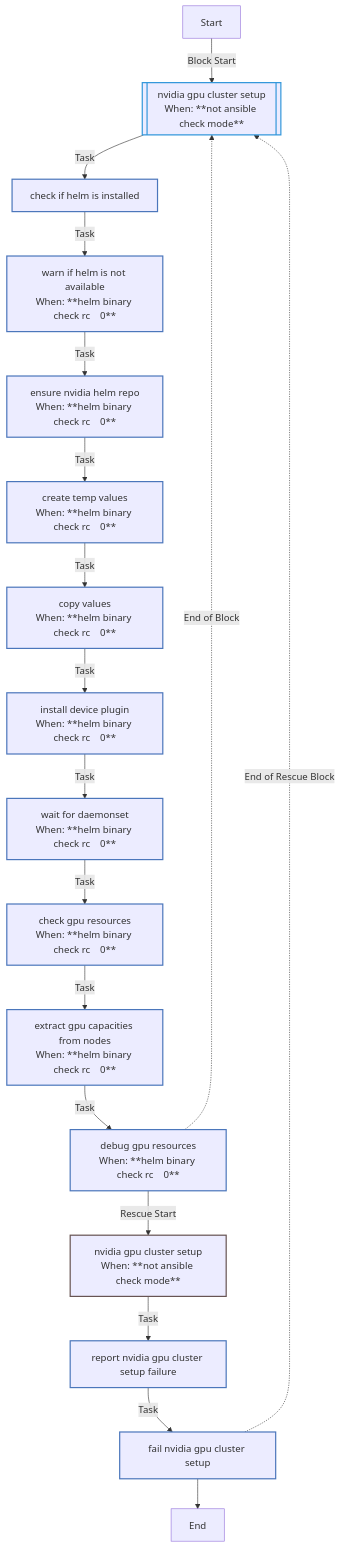
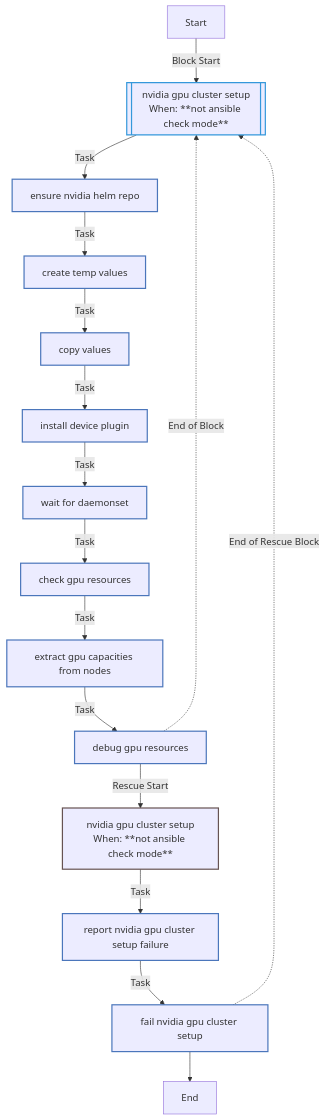
One commit to rou-cru/k3s-homelab changed the first of 3 diagrams in roles/nvidia_gpu/README.md. Above: the diagram before and after it, drawn with Mermaid. The commit also changed other lines of this file and 23 other files, not shown here.

````diff
--- a/roles/nvidia_gpu/README.md
+++ b/roles/nvidia_gpu/README.md
@@ -228,30 +226,28 @@
 ```mermaid
 flowchart TD
 Start
 classDef block stroke:#3498db,stroke-width:2px;
 classDef task stroke:#4b76bb,stroke-width:2px;
 classDef includeTasks stroke:#16a085,stroke-width:2px;
 classDef importTasks stroke:#34495e,stroke-width:2px;
 classDef includeRole stroke:#2980b9,stroke-width:2px;
 classDef importRole stroke:#699ba7,stroke-width:2px;
 classDef includeVars stroke:#8e44ad,stroke-width:2px;
 classDef rescue stroke:#665352,stroke-width:2px;
 
   Start-->|Block Start| NVIDIA_GPU_cluster_setup0_block_start_0[[nvidia gpu cluster setup<br>When: **not ansible check mode**]]:::block
-  NVIDIA_GPU_cluster_setup0_block_start_0-->|Task| Check_if_Helm_is_installed0[check if helm is installed]:::task
-  Check_if_Helm_is_installed0-->|Task| Warn_if_Helm_is_not_available1[warn if helm is not available<br>When: **helm binary check rc    0**]:::task
-  Warn_if_Helm_is_not_available1-->|Task| Ensure_NVIDIA_Helm_repo2[ensure nvidia helm repo<br>When: **helm binary check rc    0**]:::task
-  Ensure_NVIDIA_Helm_repo2-->|Task| Create_temp_values3[create temp values<br>When: **helm binary check rc    0**]:::task
-  Create_temp_values3-->|Task| Copy_values4[copy values<br>When: **helm binary check rc    0**]:::task
-  Copy_values4-->|Task| Install_device_plugin5[install device plugin<br>When: **helm binary check rc    0**]:::task
-  Install_device_plugin5-->|Task| Wait_for_daemonset6[wait for daemonset<br>When: **helm binary check rc    0**]:::task
-  Wait_for_daemonset6-->|Task| Check_GPU_resources7[check gpu resources<br>When: **helm binary check rc    0**]:::task
-  Check_GPU_resources7-->|Task| Extract_GPU_capacities_from_nodes8[extract gpu capacities from nodes<br>When: **helm binary check rc    0**]:::task
-  Extract_GPU_capacities_from_nodes8-->|Task| Debug_GPU_resources9[debug gpu resources<br>When: **helm binary check rc    0**]:::task
-  Debug_GPU_resources9-.->|End of Block| NVIDIA_GPU_cluster_setup0_block_start_0
-  Debug_GPU_resources9-->|Rescue Start| NVIDIA_GPU_cluster_setup0_rescue_start_0[nvidia gpu cluster setup<br>When: **not ansible check mode**]:::rescue
+  NVIDIA_GPU_cluster_setup0_block_start_0-->|Task| Ensure_NVIDIA_Helm_repo0[ensure nvidia helm repo]:::task
+  Ensure_NVIDIA_Helm_repo0-->|Task| Create_temp_values1[create temp values]:::task
+  Create_temp_values1-->|Task| Copy_values2[copy values]:::task
+  Copy_values2-->|Task| Install_device_plugin3[install device plugin]:::task
+  Install_device_plugin3-->|Task| Wait_for_daemonset4[wait for daemonset]:::task
+  Wait_for_daemonset4-->|Task| Check_GPU_resources5[check gpu resources]:::task
+  Check_GPU_resources5-->|Task| Extract_GPU_capacities_from_nodes6[extract gpu capacities from nodes]:::task
+  Extract_GPU_capacities_from_nodes6-->|Task| Debug_GPU_resources7[debug gpu resources]:::task
+  Debug_GPU_resources7-.->|End of Block| NVIDIA_GPU_cluster_setup0_block_start_0
+  Debug_GPU_resources7-->|Rescue Start| NVIDIA_GPU_cluster_setup0_rescue_start_0[nvidia gpu cluster setup<br>When: **not ansible check mode**]:::rescue
   NVIDIA_GPU_cluster_setup0_rescue_start_0-->|Task| Report_NVIDIA_GPU_cluster_setup_failure0[report nvidia gpu cluster setup failure]:::task
   Report_NVIDIA_GPU_cluster_setup_failure0-->|Task| Fail_NVIDIA_GPU_cluster_setup1[fail nvidia gpu cluster setup]:::task
   Fail_NVIDIA_GPU_cluster_setup1-.->|End of Rescue Block| NVIDIA_GPU_cluster_setup0_block_start_0
   Fail_NVIDIA_GPU_cluster_setup1-->End
 ```
````
